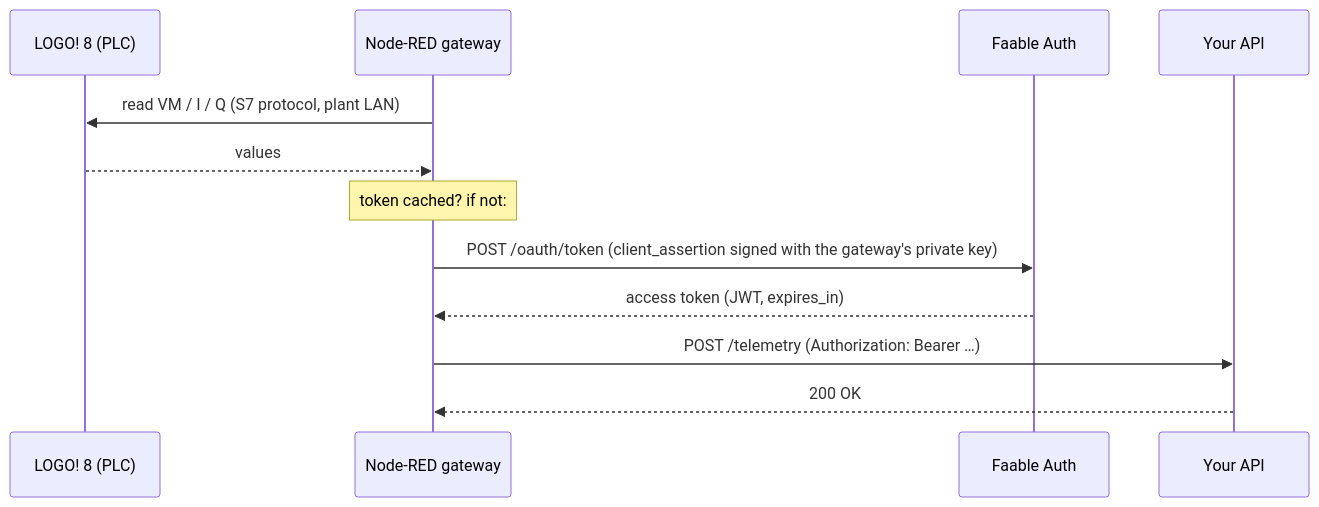
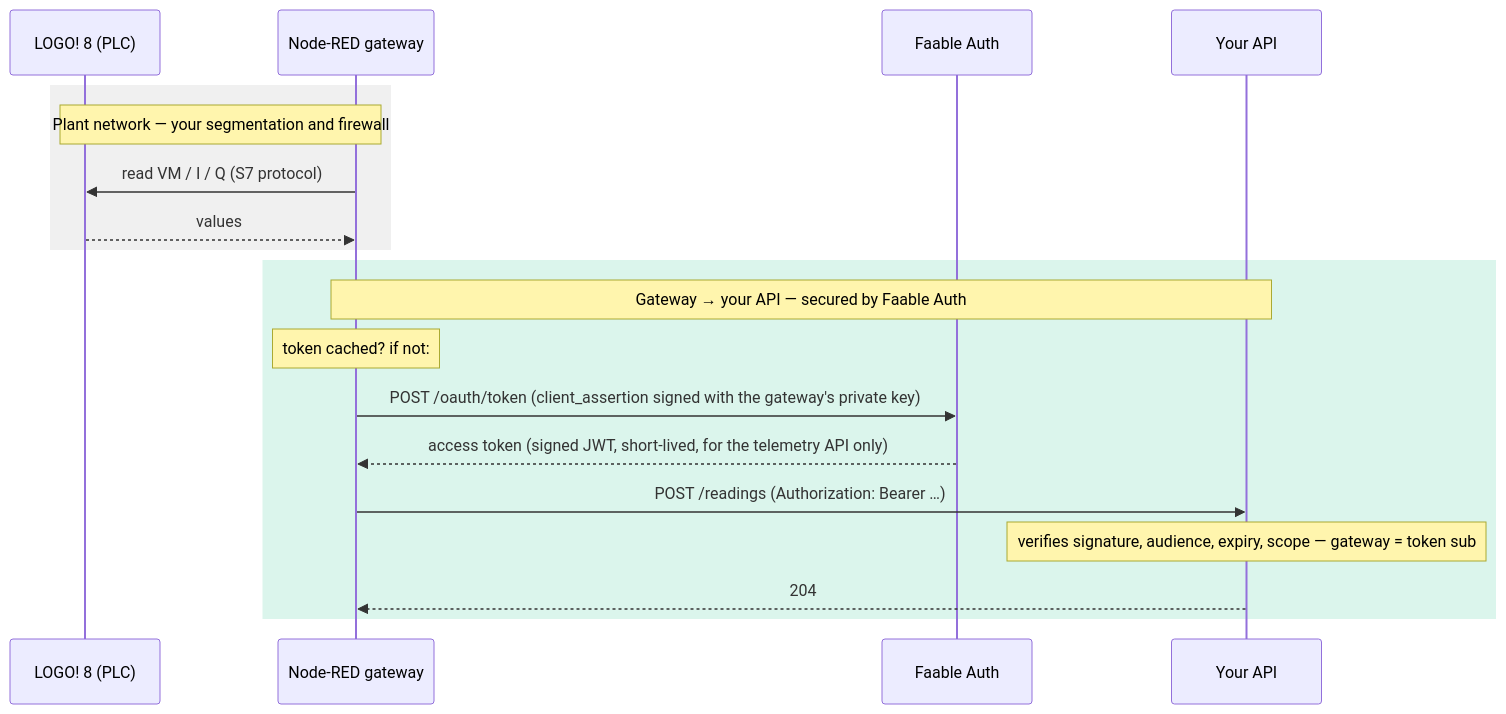
One commit to faablecloud/docs changed the diagram in content/auth/guides/plc-node-red.mdx. Above: the diagram before and after it, drawn with Mermaid. The commit also changed other lines of this file and 1 other file, not shown here.

Commit message:
docs(auth): guía de PLCs centrada en el tramo gateway → API que asegura Faable Auth — capas de seguridad, tabla de amenazas, validación en la API y Action de lista de gateways (#12)

````diff
--- a/content/auth/guides/plc-node-red.mdx
+++ b/content/auth/guides/plc-node-red.mdx
@@ -18,15 +24,22 @@
 ```mermaid
 sequenceDiagram
     participant PLC as LOGO! 8 (PLC)
     participant GW as Node-RED gateway
     participant Auth as Faable Auth
     participant API as Your API
 
-    GW->>PLC: read VM / I / Q (S7 protocol, plant LAN)
+    rect rgba(128, 128, 128, 0.12)
+    Note over PLC,GW: Plant network — your segmentation and firewall
+    GW->>PLC: read VM / I / Q (S7 protocol)
     PLC-->>GW: values
+    end
+    rect rgba(16, 185, 129, 0.15)
+    Note over GW,API: Gateway → your API — secured by Faable Auth
     Note over GW: token cached? if not:
     GW->>Auth: POST /oauth/token (client_assertion signed with the gateway's private key)
-    Auth-->>GW: access token (JWT, expires_in)
-    GW->>API: POST /telemetry (Authorization: Bearer …)
-    API-->>GW: 200 OK
+    Auth-->>GW: access token (signed JWT, short-lived, for the telemetry API only)
+    GW->>API: POST /readings (Authorization: Bearer …)
+    Note over API: verifies signature, audience, expiry, scope — gateway = token sub
+    API-->>GW: 204
+    end
 ```
````
